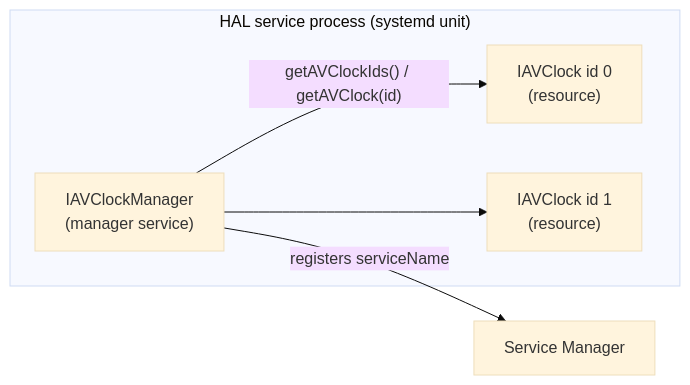
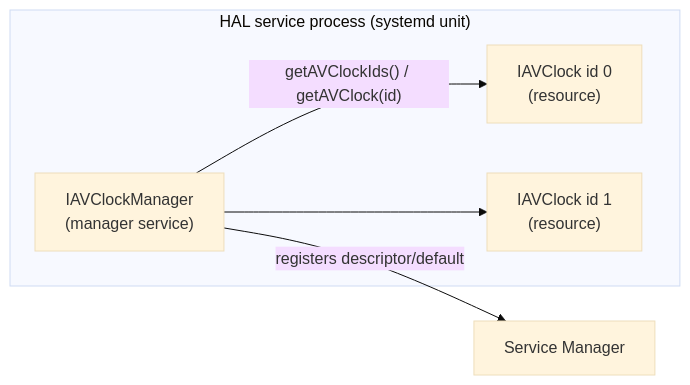
Before and after one commit to rdkcentral/rdk-halif-aidl: the first of 2 diagrams in docs/key_concepts/hal/hal_resource_lifecycle.md, drawn with Mermaid (base theme). The commit also changed other lines of this file and 22 other files, not shown here.

First line of the commit message:
Update #78: Docs name services by descriptor

````diff
--- a/docs/key_concepts/hal/hal_resource_lifecycle.md
+++ b/docs/key_concepts/hal/hal_resource_lifecycle.md
@@ -27,12 +27,12 @@
 ```mermaid
 flowchart LR
     SM["Service Manager"]
     subgraph Process["HAL service process (systemd unit)"]
         MGR["IAVClockManager<br/>(manager service)"]
         R0["IAVClock id 0<br/>(resource)"]
         R1["IAVClock id 1<br/>(resource)"]
     end
-    MGR -- "registers serviceName" --> SM
+    MGR -- "registers descriptor/default" --> SM
     MGR -- "getAVClockIds() / getAVClock(id)" --> R0
     MGR --> R1
 ```
````
